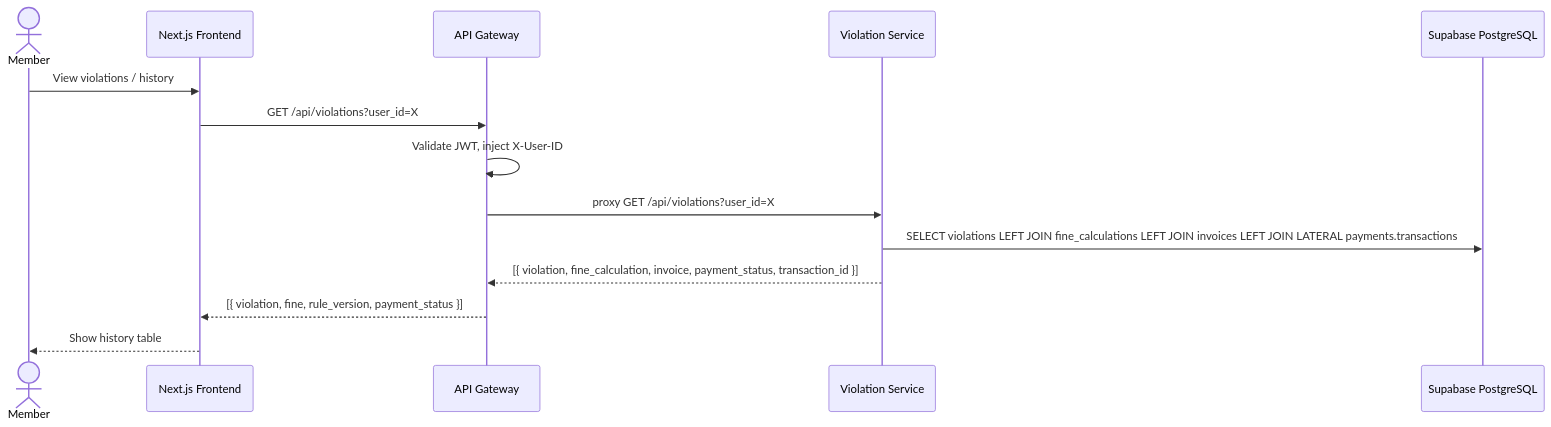
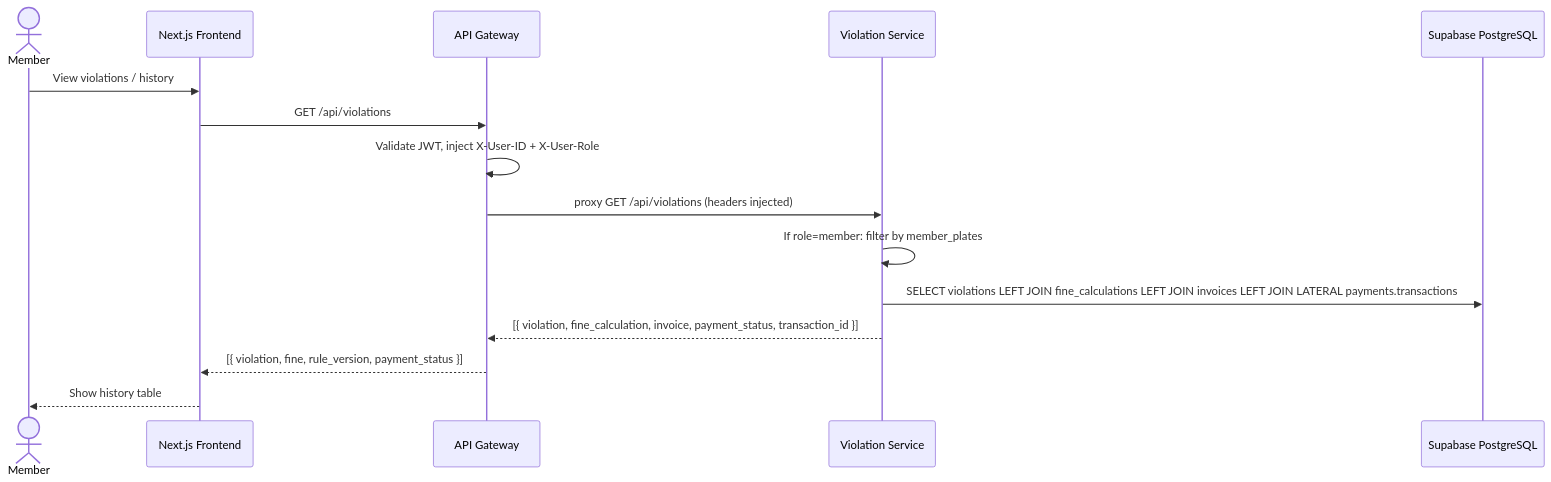
The fourth of 5 diagrams in DESIGN.md (dzaky2636/parking-violation-portal), drawn with Mermaid before and after one commit. The commit also changed 1 other file, not shown here.

Commit message:
fix: update Flow 5 diagram and README to match header-based filtering
Flow 5 diagram in DESIGN.md now shows X-User-Role header injection instead of outdated ?user_id= query param. README endpoint table: GET /api/rules/active changed from 'both' to 'officer' (gateway restricts /api/rules/* to officers). GET /api/violations description updated from 'via ?user_id' to 'auto-filtered by role'.

````diff
--- a/DESIGN.md
+++ b/DESIGN.md
@@ -157,17 +157,18 @@
 ```mermaid
 sequenceDiagram
     actor Member
     participant UI as Next.js Frontend
     participant GW as API Gateway
     participant VS as Violation Service
     participant DB as Supabase PostgreSQL
 
     Member->>UI: View violations / history
-    UI->>GW: GET /api/violations?user_id=X
-    GW->>GW: Validate JWT, inject X-User-ID
-    GW->>VS: proxy GET /api/violations?user_id=X
+    UI->>GW: GET /api/violations
+    GW->>GW: Validate JWT, inject X-User-ID + X-User-Role
+    GW->>VS: proxy GET /api/violations (headers injected)
+    VS->>VS: If role=member: filter by member_plates
     VS->>DB: SELECT violations LEFT JOIN fine_calculations LEFT JOIN invoices LEFT JOIN LATERAL payments.transactions
     VS-->>GW: [{ violation, fine_calculation, invoice, payment_status, transaction_id }]
     GW-->>UI: [{ violation, fine, rule_version, payment_status }]
     UI-->>Member: Show history table
 ```
````
